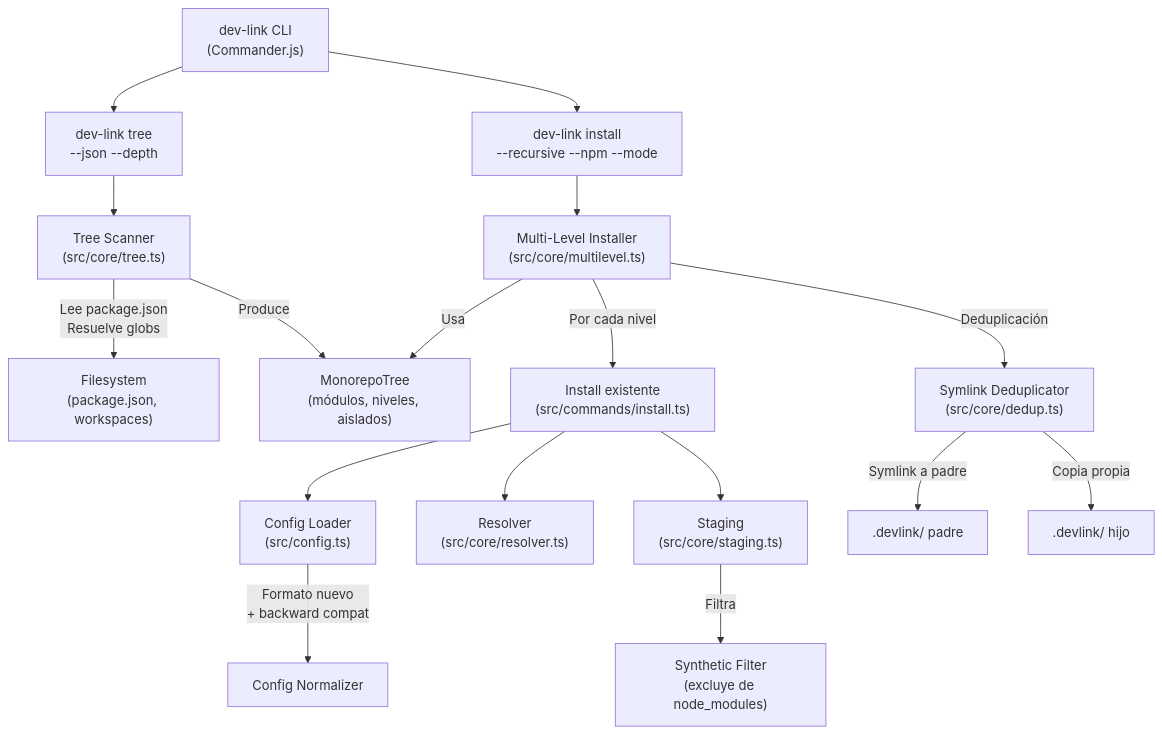
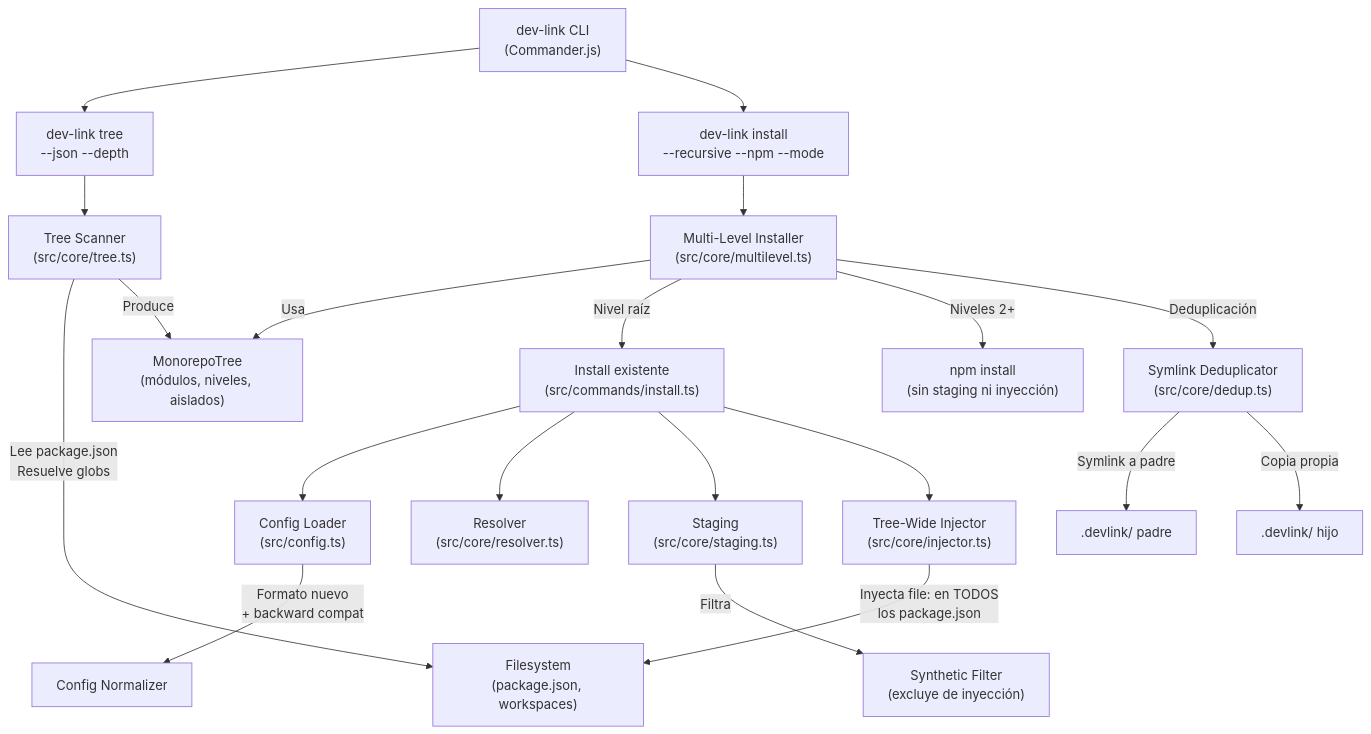
Before and after one commit to unlimitechcloud/devlink: the first of 4 diagrams in .kiro/specs/devlink-monorepo-support/design.md, drawn with Mermaid. The commit also changed other lines of this file and 21 other files, not shown here.

First line of the commit message:
feat: monorepo support — tree command, multilevel install, synthetic packages

````diff
--- a/.kiro/specs/devlink-monorepo-support/design.md
+++ b/.kiro/specs/devlink-monorepo-support/design.md
@@ -13,28 +15,32 @@
 ```mermaid
 graph TD
     CLI["dev-link CLI<br/>(Commander.js)"]
     
     CLI --> TreeCmd["dev-link tree<br/>--json --depth"]
     CLI --> InstallCmd["dev-link install<br/>--recursive --npm --mode"]
     
     TreeCmd --> Scanner["Tree Scanner<br/>(src/core/tree.ts)"]
     InstallCmd --> MultiInstaller["Multi-Level Installer<br/>(src/core/multilevel.ts)"]
     
     Scanner --> |"Lee package.json<br/>Resuelve globs"| FS["Filesystem<br/>(package.json, workspaces)"]
     Scanner --> |"Produce"| Tree["MonorepoTree<br/>(módulos, niveles, aislados)"]
     
     MultiInstaller --> |"Usa"| Tree
-    MultiInstaller --> |"Por cada nivel"| SingleInstall["Install existente<br/>(src/commands/install.ts)"]
+    MultiInstaller --> |"Nivel raíz"| SingleInstall["Install existente<br/>(src/commands/install.ts)"]
+    MultiInstaller --> |"Niveles 2+"| NpmOnly["npm install<br/>(sin staging ni inyección)"]
     
     SingleInstall --> ConfigLoader["Config Loader<br/>(src/config.ts)"]
     SingleInstall --> Resolver["Resolver<br/>(src/core/resolver.ts)"]
     SingleInstall --> Staging["Staging<br/>(src/core/staging.ts)"]
+    SingleInstall --> Injector["Tree-Wide Injector<br/>(src/core/injector.ts)"]
+    
+    Injector --> |"Inyecta file: en TODOS<br/>los package.json"| FS
     
     ConfigLoader --> |"Formato nuevo<br/>+ backward compat"| ConfigNorm["Config Normalizer"]
     
-    Staging --> |"Filtra"| SyntheticFilter["Synthetic Filter<br/>(excluye de node_modules)"]
+    Staging --> |"Filtra"| SyntheticFilter["Synthetic Filter<br/>(excluye de inyección)"]
     
     MultiInstaller --> |"Deduplicación"| SymlinkDedup["Symlink Deduplicator<br/>(src/core/dedup.ts)"]
     SymlinkDedup --> |"Symlink a padre"| ParentStore[".devlink/ padre"]
     SymlinkDedup --> |"Copia propia"| ChildStore[".devlink/ hijo"]
 ```
````
